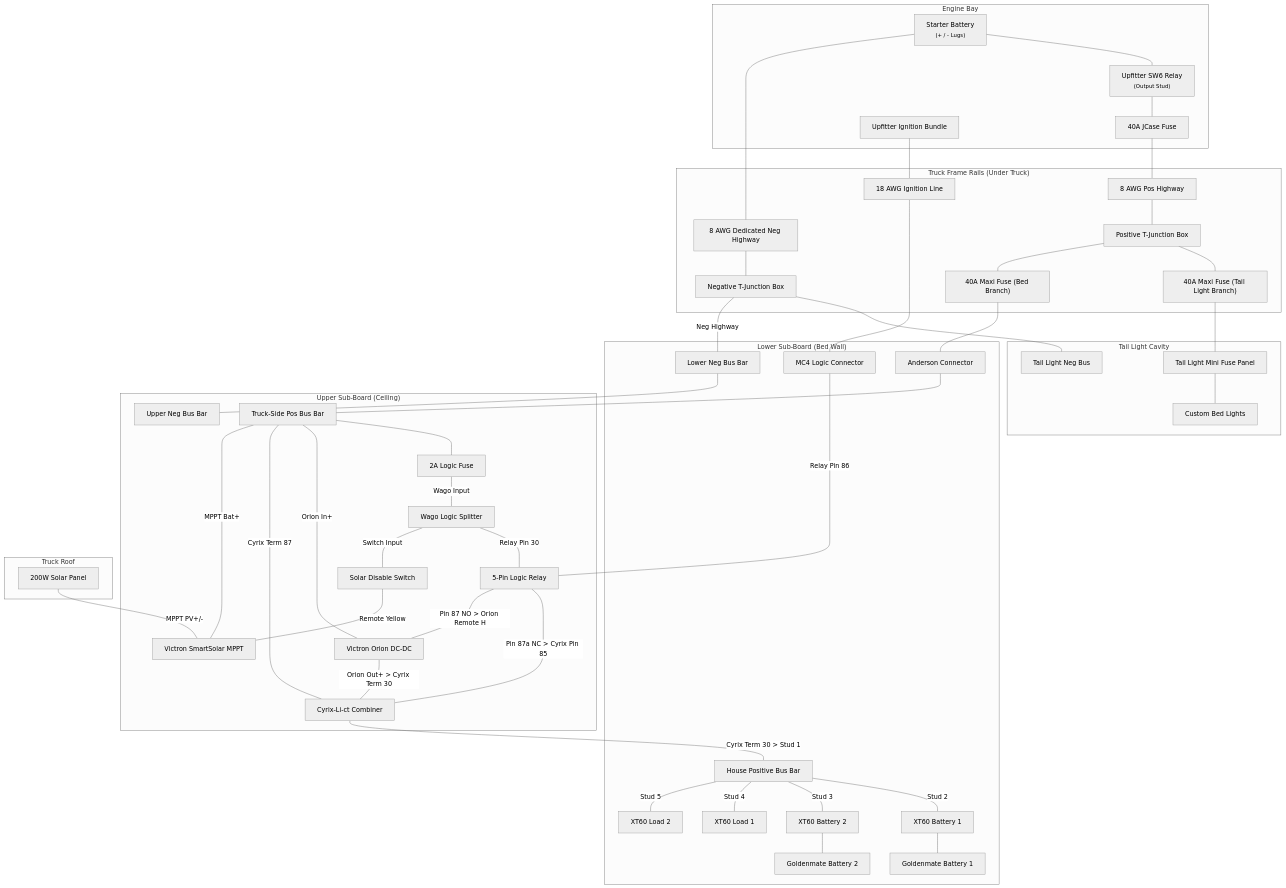
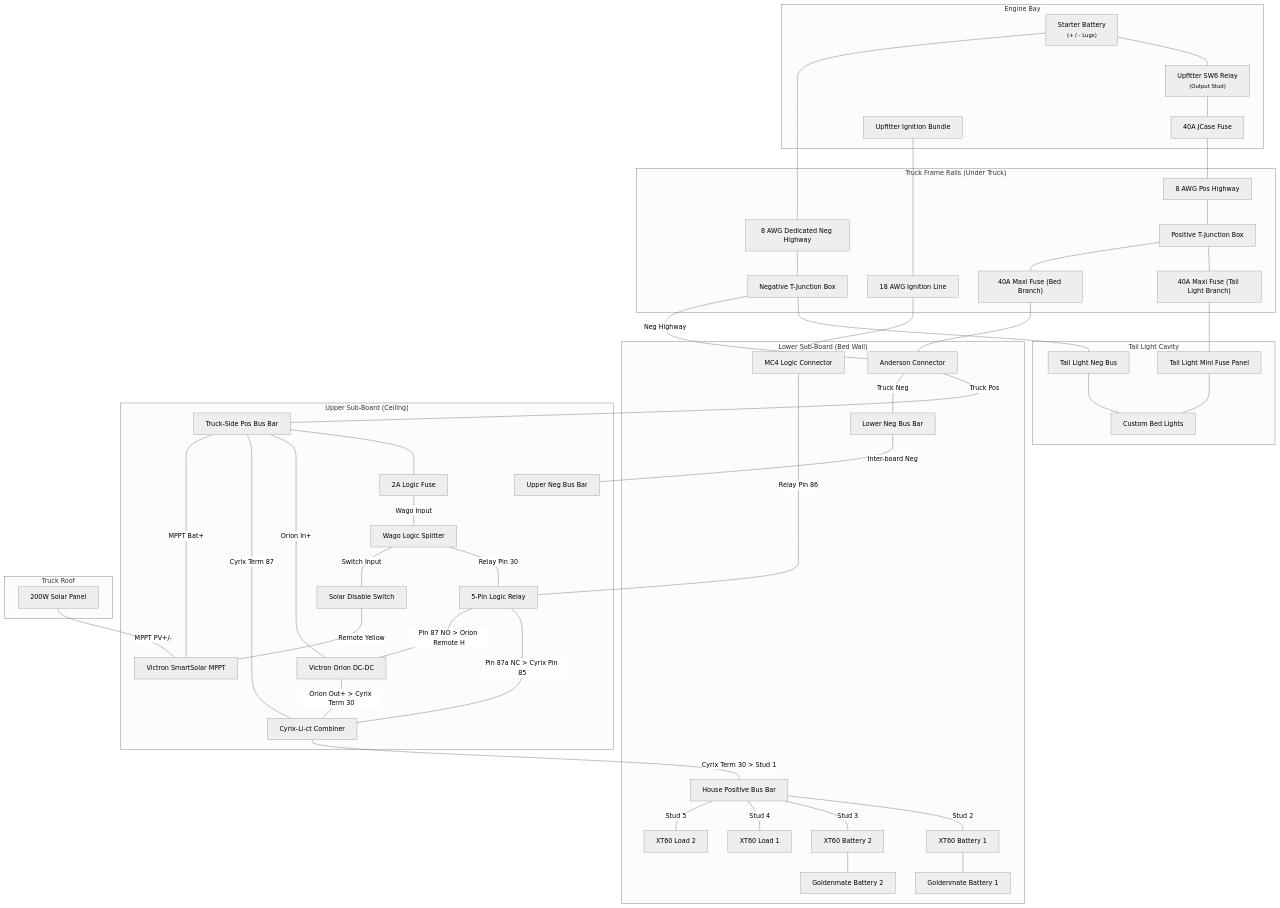
Before and after one commit to chrisjohnson/truck-micro-grid: the diagram in system_diagram.md, drawn with Mermaid (neutral theme). The commit also changed 1 other file, not shown here.

Commit message:
docs: finalize negative return paths and Anderson routing topology

```diff
--- a/system_diagram.md
+++ b/system_diagram.md
@@ -67,12 +67,14 @@
     PosHighway --- PosTJunction
     PosTJunction --- Maxi40A_1 --- TailLightFuse --- BedLights
     PosTJunction --- Maxi40A_2 --- Anderson
-
-    Anderson --- TruckPosBus
+    
     NegHighway --- NegTJunction
-    NegTJunction --- TailLightNeg
-    NegTJunction ---|Neg Highway| HouseNegBus
-    HouseNegBus --- UpperNegBus
+    NegTJunction --- TailLightNeg --- BedLights
+    NegTJunction ---|Neg Highway| Anderson
+    
+    Anderson ---|Truck Pos| TruckPosBus
+    Anderson ---|Truck Neg| HouseNegBus
+    HouseNegBus ---|Inter-board Neg| UpperNegBus
     IgnitionHighway --- MC4
     
     MC4 ---|Relay Pin 86| Relay
```
